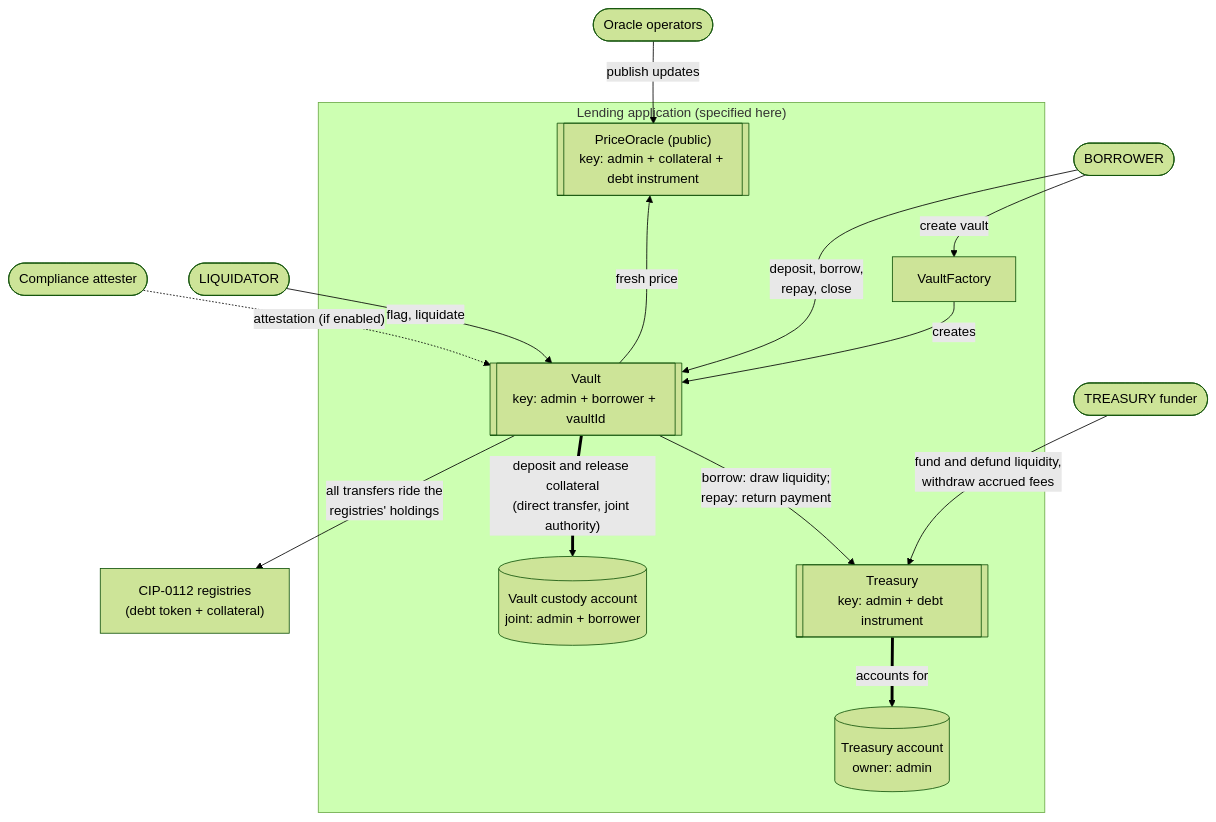
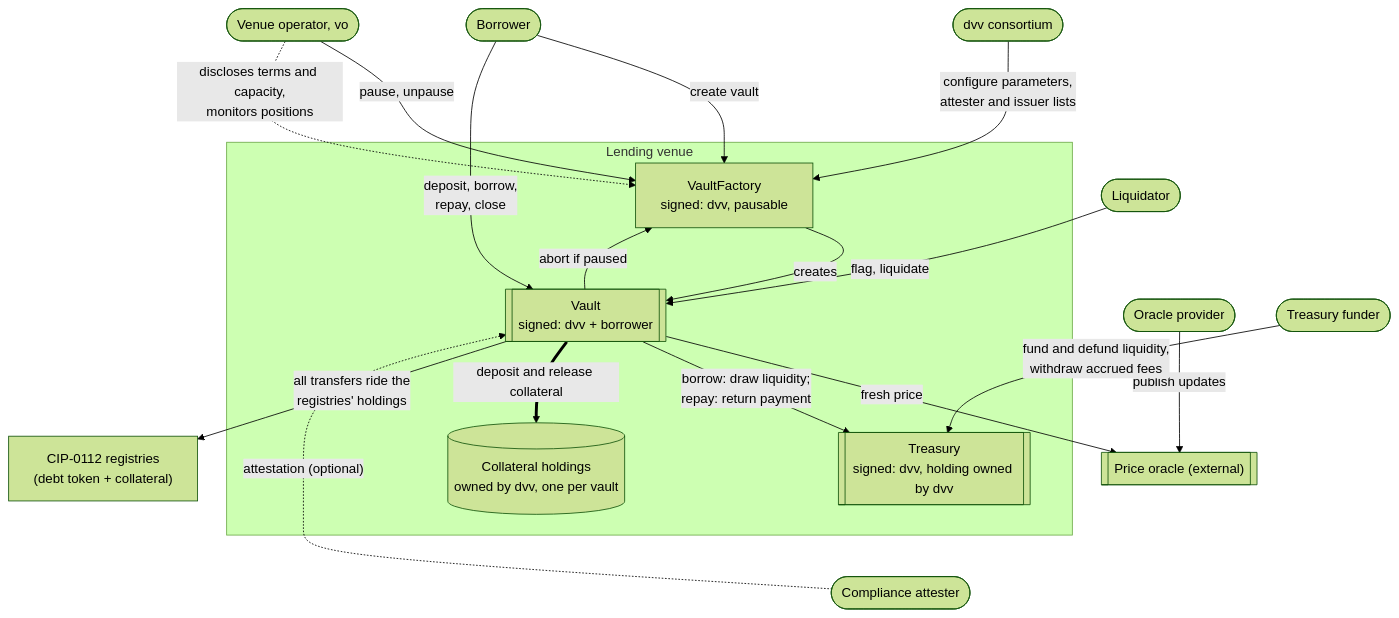
Before and after one commit to OpenZeppelin/canton-specs: the first of 8 diagrams in docs/reference-architectures/lending.md, drawn with Mermaid (forest theme). The commit also changed other lines of this file, not shown here.

````diff
--- a/docs/reference-architectures/lending.md
+++ b/docs/reference-architectures/lending.md
@@ -122,33 +127,37 @@
 ```mermaid
 flowchart TB
-    Committee([Oracle operators])
-    Borrower([BORROWER])
-    Liquidator([LIQUIDATOR])
-    Funder([TREASURY funder])
+    Consortium([dvv consortium])
+    Provider([Oracle provider])
+    Borrower([Borrower])
+    Liquidator([Liquidator])
+    Funder([Treasury funder])
+    Operator([Venue operator, vo])
 
-    subgraph Target["Lending application (specified here)"]
-        Oracle[["PriceOracle (public)<br/>key: admin + collateral + debt instrument"]]
-        Factory["VaultFactory"]
-        Vault[["Vault<br/>key: admin + borrower + vaultId"]]
-        Custody[("Vault custody account<br/>joint: admin + borrower")]
-        Treasury[["Treasury<br/>key: admin + debt instrument"]]
-        Pool[("Treasury account<br/>owner: admin")]
+    subgraph Target["Lending venue"]
+        Factory["VaultFactory<br/>signed: dvv, pausable"]
+        Vault[["Vault<br/>signed: dvv + borrower"]]
+        Collateral[("Collateral holdings<br/>owned by dvv, one per vault")]
+        Treasury[["Treasury<br/>signed: dvv, holding owned by dvv"]]
     end
 
+    Oracle[["Price oracle (external)"]]
     Registries["CIP-0112 registries<br/>(debt token + collateral)"]
     Attester([Compliance attester])
     Oracle ~~~ Attester
 
-    Committee -->|"publish updates"| Oracle
+    Consortium -->|"configure parameters,<br/>attester and issuer lists"| Factory
+    Provider -->|"publish updates"| Oracle
+    Operator -->|"pause, unpause"| Factory
+    Operator -.->|"discloses terms and capacity,<br/>monitors positions"| Factory
     Funder -->|"fund and defund liquidity,<br/>withdraw accrued fees"| Treasury
-    Treasury ==>|"accounts for"| Pool
     Borrower -->|"create vault"| Factory
     Factory -->|"creates"| Vault
     Borrower -->|"deposit, borrow,<br/>repay, close"| Vault
     Liquidator -->|"flag, liquidate"| Vault
-    Attester -.->|"attestation (if enabled)"| Vault
+    Attester -.->|"attestation (optional)"| Vault
+    Vault -->|"abort if paused"| Factory
     Vault -->|"fresh price"| Oracle
     Vault -->|"borrow: draw liquidity;<br/>repay: return payment"| Treasury
-    Vault ==>|"deposit and release collateral<br/>(direct transfer, joint authority)"| Custody
+    Vault ==>|"deposit and release collateral"| Collateral
     Vault -->|"all transfers ride the<br/>registries' holdings"| Registries
 ```
````
